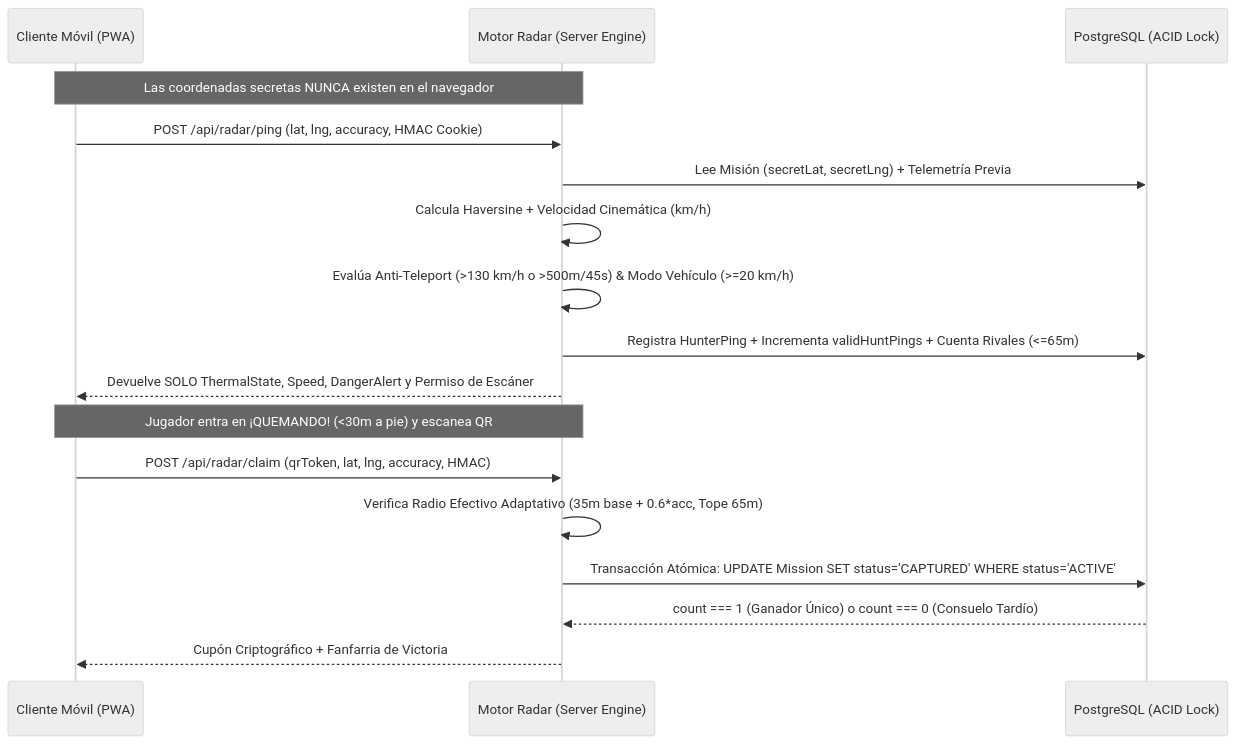
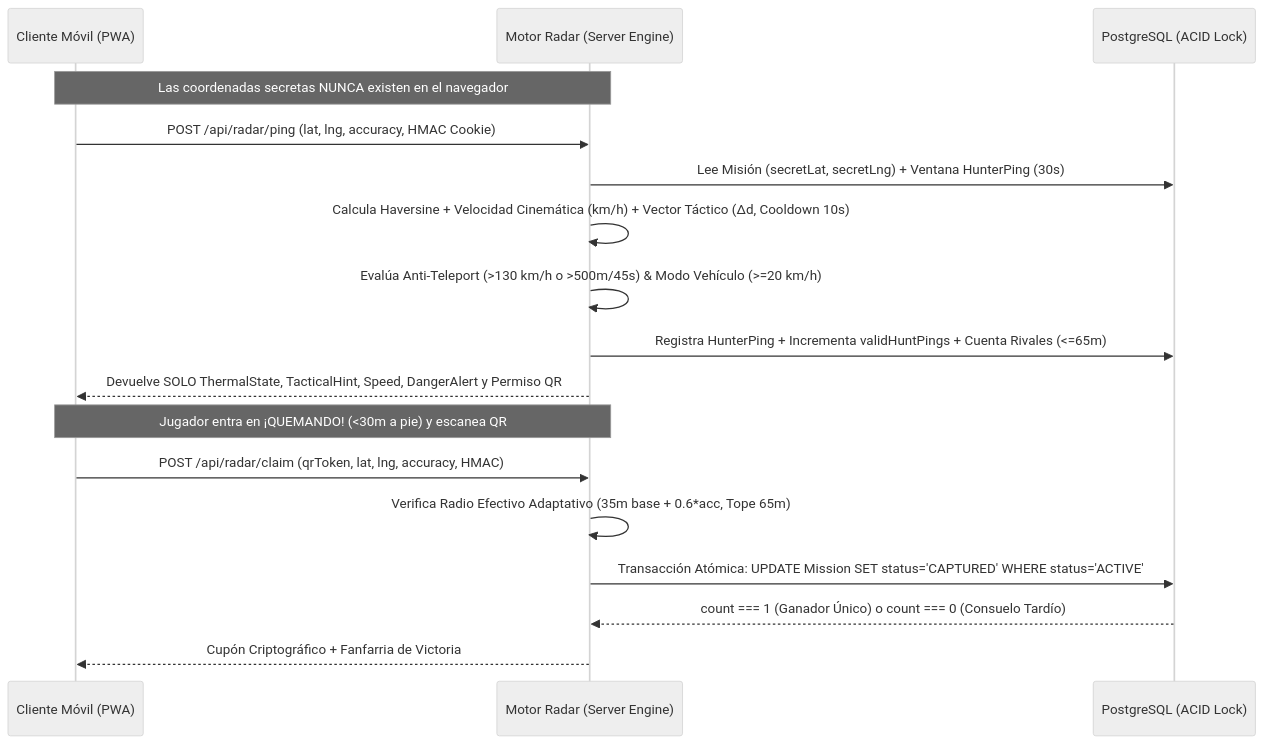
Before and after one commit to Kurupi12/radar-quest-py: the second of 2 diagrams in GDD_RADAR_QUEST_PY.md, drawn with Mermaid (neutral theme). The commit also changed other lines of this file and 1 other file, not shown here.

Commit message:
docs(gdd): document TacticalVectorAssistance and enforce live GDD sync rule

````diff
--- a/GDD_RADAR_QUEST_PY.md
+++ b/GDD_RADAR_QUEST_PY.md
@@ -97,21 +113,21 @@
 ```mermaid
 sequenceDiagram
     participant C as Cliente Móvil (PWA)
     participant S as Motor Radar (Server Engine)
     participant DB as PostgreSQL (ACID Lock)
 
     Note over C,S: Las coordenadas secretas NUNCA existen en el navegador
     C->>S: POST /api/radar/ping (lat, lng, accuracy, HMAC Cookie)
-    S->>DB: Lee Misión (secretLat, secretLng) + Telemetría Previa
-    S->>S: Calcula Haversine + Velocidad Cinemática (km/h)
+    S->>DB: Lee Misión (secretLat, secretLng) + Ventana HunterPing (30s)
+    S->>S: Calcula Haversine + Velocidad Cinemática (km/h) + Vector Táctico (Δd, Cooldown 10s)
     S->>S: Evalúa Anti-Teleport (>130 km/h o >500m/45s) & Modo Vehículo (>=20 km/h)
     S->>DB: Registra HunterPing + Incrementa validHuntPings + Cuenta Rivales (<=65m)
-    S-->>C: Devuelve SOLO ThermalState, Speed, DangerAlert y Permiso de Escáner
+    S-->>C: Devuelve SOLO ThermalState, TacticalHint, Speed, DangerAlert y Permiso QR
 
     Note over C,S: Jugador entra en ¡QUEMANDO! (<30m a pie) y escanea QR
     C->>S: POST /api/radar/claim (qrToken, lat, lng, accuracy, HMAC)
     S->>S: Verifica Radio Efectivo Adaptativo (35m base + 0.6*acc, Tope 65m)
     S->>DB: Transacción Atómica: UPDATE Mission SET status='CAPTURED' WHERE status='ACTIVE'
     DB-->>S: count === 1 (Ganador Único) o count === 0 (Consuelo Tardío)
     S-->>C: Cupón Criptográfico + Fanfarria de Victoria
 ```
````
